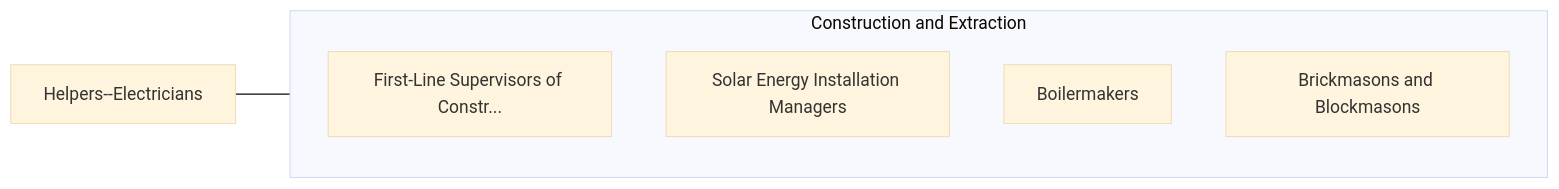
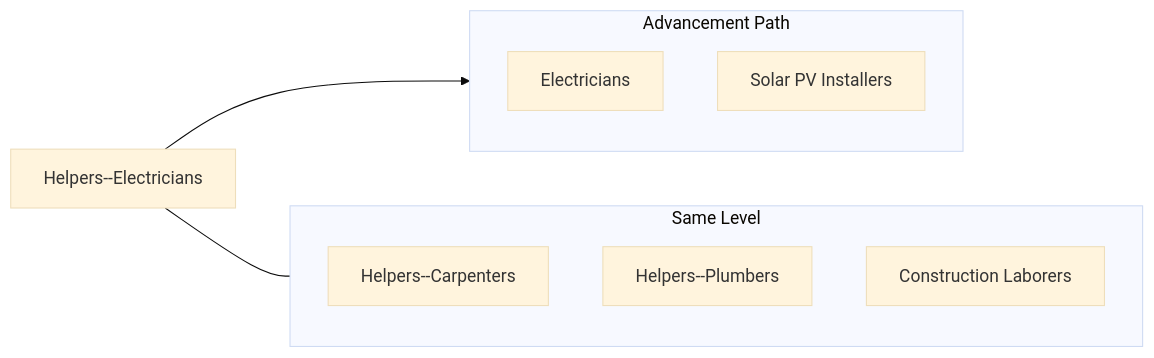
Before and after one commit to kziemski/business.org.ai: the fourth of 4 diagrams in occupations/Construction/HelpersElectricians.mdx, drawn with Mermaid (base theme). The commit also changed other lines of this file and 938 other files, not shown here.

````diff
--- a/occupations/Construction/HelpersElectricians.mdx
+++ b/occupations/Construction/HelpersElectricians.mdx
@@ -113,13 +159,18 @@
 ```mermaid
 graph LR
     Current["Helpers--Electricians"]
 
-    subgraph SameCategory["Construction and Extraction"]
-        FirstLineSupervisors["First-Line Supervisors of Constr..."]
-        SolarEnergyInstallat["Solar Energy Installation Managers"]
-        Boilermakers["Boilermakers"]
-        BrickmasonsAndBlockm["Brickmasons and Blockmasons"]
+    subgraph Advancement["Advancement Path"]
+        Electrician["Electricians"]
+        Solar["Solar PV Installers"]
     end
 
-    Current --- SameCategory
+    subgraph SameLevel["Same Level"]
+        CarpHelp["Helpers--Carpenters"]
+        PipeHelp["Helpers--Plumbers"]
+        Laborer["Construction Laborers"]
+    end
+
+    Current --> Advancement
+    Current --- SameLevel
 ```
````
